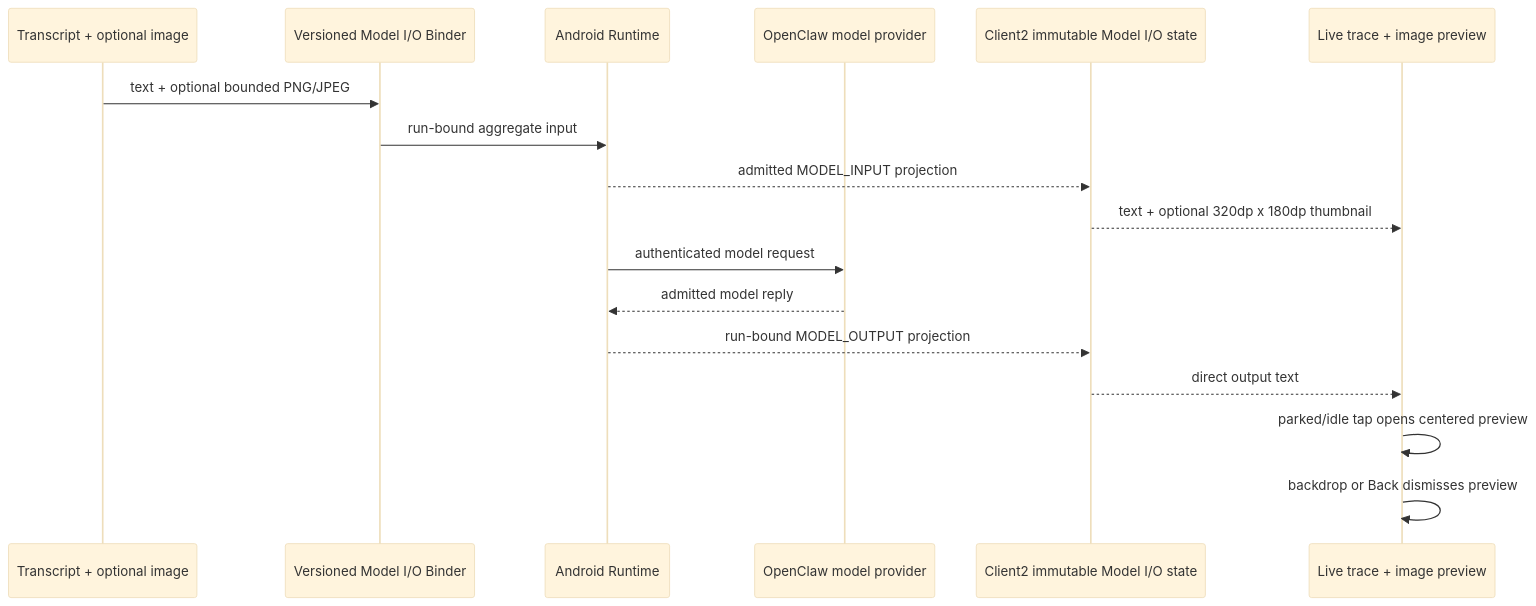
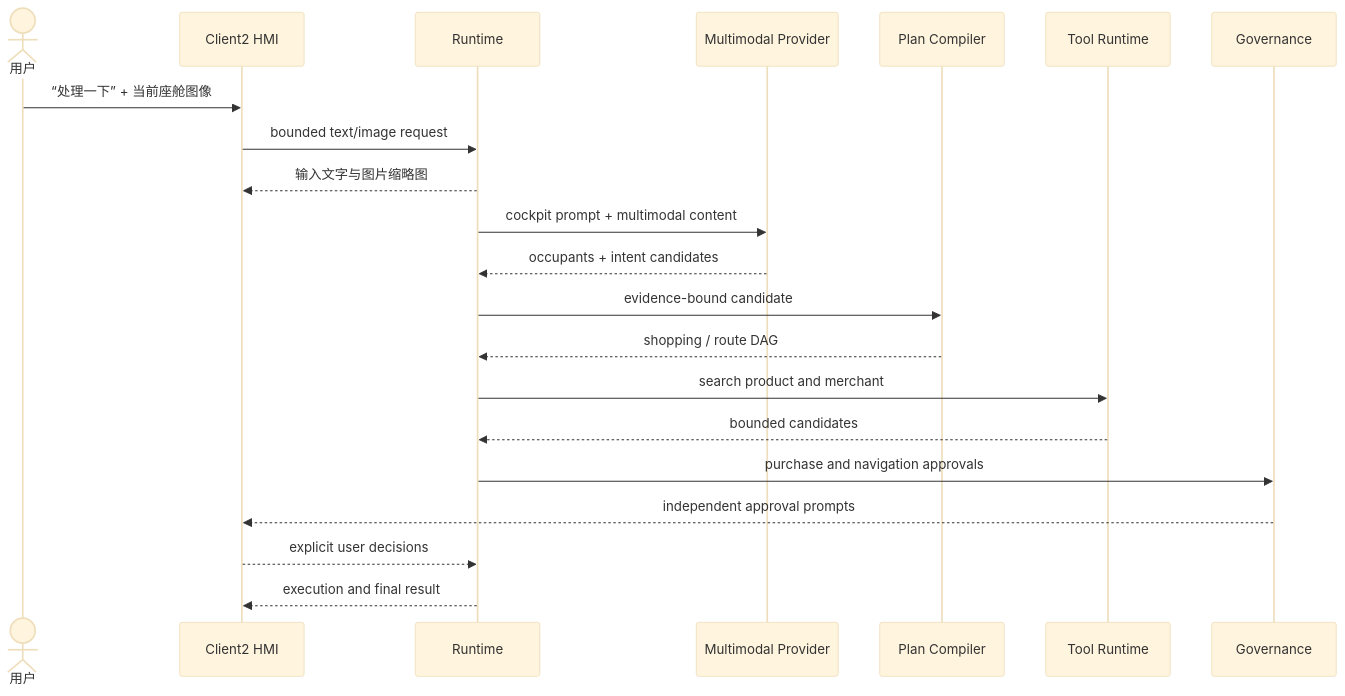
The tenth of 15 diagrams in docs/CENTRAL_BRAIN_SOFTWARE_ARCHITECTURE.md (LucasWEIchen/CougarOS), drawn with Mermaid (base theme) before and after one commit. The commit also changed other lines of this file and 222 other files, not shown here.

````diff
--- a/docs/CENTRAL_BRAIN_SOFTWARE_ARCHITECTURE.md
+++ b/docs/CENTRAL_BRAIN_SOFTWARE_ARCHITECTURE.md
@@ -2153,20 +383,24 @@
 ```mermaid
 sequenceDiagram
-    participant Input as Transcript + optional image
-    participant SDK as Versioned Model I/O Binder
-    participant Runtime as Android Runtime
-    participant Model as OpenClaw model provider
-    participant State as Client2 immutable Model I/O state
-    participant UI as Live trace + image preview
+    actor User as 用户
+    participant H as Client2 HMI
+    participant R as Runtime
+    participant M as Multimodal Provider
+    participant P as Plan Compiler
+    participant T as Tool Runtime
+    participant G as Governance
 
-    Input->>SDK: text + optional bounded PNG/JPEG
-    SDK->>Runtime: run-bound aggregate input
-    Runtime-->>State: admitted MODEL_INPUT projection
-    State-->>UI: text + optional 320dp x 180dp thumbnail
-    Runtime->>Model: authenticated model request
-    Model-->>Runtime: admitted model reply
-    Runtime-->>State: run-bound MODEL_OUTPUT projection
-    State-->>UI: direct output text
-    UI->>UI: parked/idle tap opens centered preview
-    UI->>UI: backdrop or Back dismisses preview
+    User->>H: “处理一下” + 当前座舱图像
+    H->>R: bounded text/image request
+    R-->>H: 输入文字与图片缩略图
+    R->>M: cockpit prompt + multimodal content
+    M-->>R: occupants + intent candidates
+    R->>P: evidence-bound candidate
+    P-->>R: shopping / route DAG
+    R->>T: search product and merchant
+    T-->>R: bounded candidates
+    R->>G: purchase and navigation approvals
+    G-->>H: independent approval prompts
+    H-->>R: explicit user decisions
+    R-->>H: execution and final result
 ```
````
